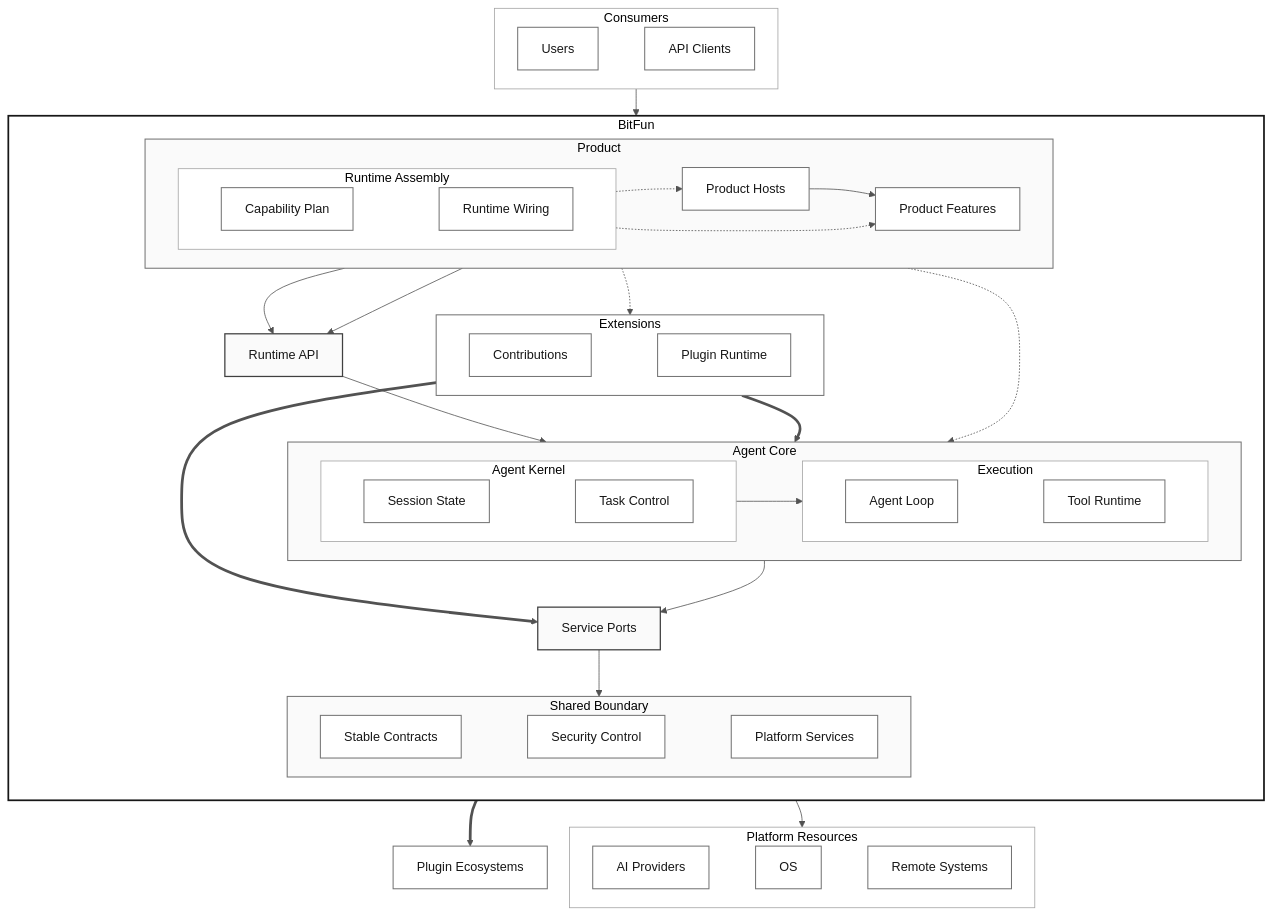
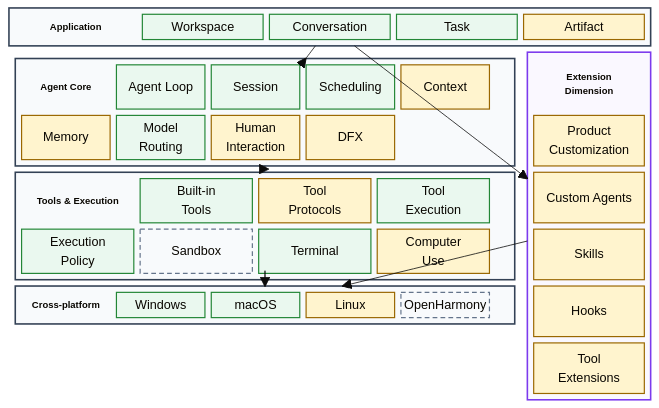
Before and after one commit to 1688mengdie/BitFun: the first of 16 diagrams in docs/architecture/product-architecture.md, drawn with Mermaid. The commit also changed other lines of this file, not shown here.

Commit message:
docs(architecture): refine 4+1 product views

````diff
--- a/docs/architecture/product-architecture.md
+++ b/docs/architecture/product-architecture.md
@@ -89,95 +45,61 @@
 ```mermaid
-%%{init: {"theme":"base","flowchart":{"curve":"basis","nodeSpacing":28,"rankSpacing":34},"themeVariables":{"fontFamily":"Inter, ui-sans-serif, system-ui","primaryColor":"#ffffff","primaryTextColor":"#171717","primaryBorderColor":"#737373","lineColor":"#525252","secondaryColor":"#fafafa","tertiaryColor":"#ffffff","clusterBkg":"#ffffff","clusterBorder":"#a3a3a3"}}}%%
-flowchart TB
-  subgraph Consumers["Consumers"]
-    direction LR
-    Users["Users"] ~~~ APIClients["API Clients"]
+%%{init: {"theme":"base","block":{"padding":8}}}%%
+block-beta
+  columns 5
+
+  block:Application:5
+    columns 5
+    ApplicationTitle["Application"] Workspace["Workspace"] Conversation["Conversation"] Task["Task"] Artifact["Artifact"]
   end
 
-  subgraph BitFun["BitFun"]
-    direction TB
-
-    subgraph Product["Product"]
-      direction LR
-      ProductHosts["Product Hosts"]
-
-      subgraph RuntimeAssembly["Runtime Assembly"]
-        direction LR
-        CapabilityPlan["Capability Plan"] ~~~ RuntimeWiring["Runtime Wiring"]
-      end
-
-      ProductFeatures["Product Features"]
+  block:MainColumn:4
+    columns 1
+    block:AgentCore
+      columns 5
+      AgentCoreTitle["Agent Core"] AgentLoop["Agent Loop"] Session["Session"] Scheduling["Scheduling"] Context["Context"]
+      Memory["Memory"] ModelRouting["Model<br/>Routing"] HumanInteraction["Human<br/>Interaction"] DFX["DFX"] space
     end
-
-    RuntimeAPI["Runtime API"]
-
-    subgraph AgentCore["Agent Core"]
-      direction LR
-
-      subgraph AgentKernel["Agent Kernel"]
-        direction LR
-        SessionState["Session State"] ~~~ TaskControl["Task Control"]
-      end
-
-      subgraph Execution["Execution"]
-        direction LR
-        AgentLoop["Agent Loop"] ~~~ ToolRuntime["Tool Runtime"]
-      end
+    block:ToolExecution
+      columns 4
+      ToolExecutionTitle["Tools & Execution"] BuiltInTools["Built-in<br/>Tools"] ToolProtocols["Tool<br/>Protocols"] ToolExecutionRuntime["Tool<br/>Execution"]
+      ExecutionPolicy["Execution<br/>Policy"] Sandbox["Sandbox"] Terminal["Terminal"] ComputerUse["Computer<br/>Use"]
     end
-
-    subgraph Extensions["Extensions"]
-      direction LR
-      Contributions["Contributions"] ~~~ PluginRuntime["Plugin Runtime"]
-    end
-
-    ServicePorts["Service Ports"]
-
-    subgraph SharedBoundary["Shared Boundary"]
-      direction LR
-      StableContracts["Stable Contracts"]
-      SecurityControl["Security Control"]
-      PlatformServices["Platform Services"]
-      StableContracts ~~~ SecurityControl ~~~ PlatformServices
+    block:CrossPlatform
+      columns 5
+      CrossPlatformTitle["Cross-platform"] Windows["Windows"] MacOS["macOS"] Linux["Linux"] OpenHarmony["OpenHarmony"]
     end
   end
 
-  PluginEcosystems["Plugin Ecosystems"]
-
-  subgraph PlatformSystems["Platform Resources"]
-    direction LR
-    AIProviders["AI Providers"] ~~~ OS["OS"] ~~~ RemoteSystems["Remote Systems"]
+  block:Extensions
+    columns 1
+    ExtensionsTitle["Extension<br/>Dimension"]
+    ProductCustomization["Product<br/>Customization"]
+    CustomAgents["Custom Agents"]
+    Skills["Skills"]
+    Hooks["Hooks"]
+    ToolExtensions["Tool<br/>Extensions"]
   end
 
-  Consumers --> ProductHosts
-  ProductHosts --> ProductFeatures
-  ProductHosts --> RuntimeAPI
-  ProductFeatures --> RuntimeAPI
-  RuntimeAssembly -.-> ProductHosts
-  RuntimeAssembly -.-> ProductFeatures
-  RuntimeAssembly -.-> AgentKernel
-  RuntimeAssembly -.-> Extensions
-  RuntimeAPI --> AgentKernel
-  AgentKernel --> Execution
-  Execution --> ServicePorts
-  Extensions ==> Execution
-  Extensions ==> ServicePorts
-  ServicePorts --> SharedBoundary
-  Extensions ==> PluginEcosystems
-  SharedBoundary --> PlatformSystems
+  Application --> AgentCore
+  Application --> Extensions
+  AgentCore --> ToolExecution
+  ToolExecution --> CrossPlatform
+  Extensions --> CrossPlatform
 
-  classDef module fill:#ffffff,stroke:#737373,stroke-width:1.3px,color:#171717;
-  classDef interface fill:#fafafa,stroke:#404040,stroke-width:1.6px,color:#171717;
-  class Users,APIClients,ProductHosts,CapabilityPlan,RuntimeWiring,ProductFeatures,SessionState,TaskControl,AgentLoop,ToolRuntime,Contributions,PluginRuntime,StableContracts,SecurityControl,PlatformServices,PluginEcosystems,AIProviders,OS,RemoteSystems module;
-  class RuntimeAPI,ServicePorts interface;
+  classDef complete fill:#eaf8ef,stroke:#238636,stroke-width:1.5px,color:#123a1c
+  classDef partial fill:#fff4ce,stroke:#9a6700,stroke-width:1.5px,color:#4d3500
+  classDef planned fill:#f8fafc,stroke:#64748b,stroke-width:1.5px,stroke-dasharray:6 4,color:#334155
+  classDef sectionTitle fill:transparent,stroke:transparent,color:#171717,font-size:12px,font-weight:600
 
-  style BitFun fill:#ffffff,stroke:#171717,stroke-width:2.2px;
-  style Product fill:#fafafa,stroke:#737373,stroke-width:1.3px;
-  style AgentCore fill:#fafafa,stroke:#737373,stroke-width:1.3px;
-  style SharedBoundary fill:#fafafa,stroke:#737373,stroke-width:1.3px;
-  style RuntimeAssembly fill:#ffffff,stroke:#a3a3a3;
-  style AgentKernel fill:#ffffff,stroke:#a3a3a3;
-  style Execution fill:#ffffff,stroke:#a3a3a3;
-  style Extensions fill:#ffffff,stroke:#737373,stroke-width:1.3px;
-  style Consumers fill:#ffffff,stroke:#a3a3a3;
-  style PlatformSystems fill:#ffffff,stroke:#a3a3a3;
+  class Workspace,Conversation,Task,AgentLoop,Session,Scheduling,ModelRouting,BuiltInTools,ToolExecutionRuntime,ExecutionPolicy,Terminal,Windows,MacOS complete
+  class Artifact,Context,Memory,HumanInteraction,DFX,ToolProtocols,ComputerUse,Linux,ProductCustomization,CustomAgents,Skills,Hooks,ToolExtensions partial
+  class Sandbox,OpenHarmony planned
+  class ApplicationTitle,AgentCoreTitle,ToolExecutionTitle,CrossPlatformTitle,ExtensionsTitle sectionTitle
+
+  style Application fill:#f8fafc,stroke:#334155,stroke-width:2px
+  style AgentCore fill:#f8fafc,stroke:#334155,stroke-width:2px
+  style ToolExecution fill:#f8fafc,stroke:#334155,stroke-width:2px
+  style CrossPlatform fill:#f8fafc,stroke:#334155,stroke-width:2px
+  style Extensions fill:#faf8ff,stroke:#7c3aed,stroke-width:2px
+  style MainColumn fill:transparent,stroke:transparent
 ```
````
